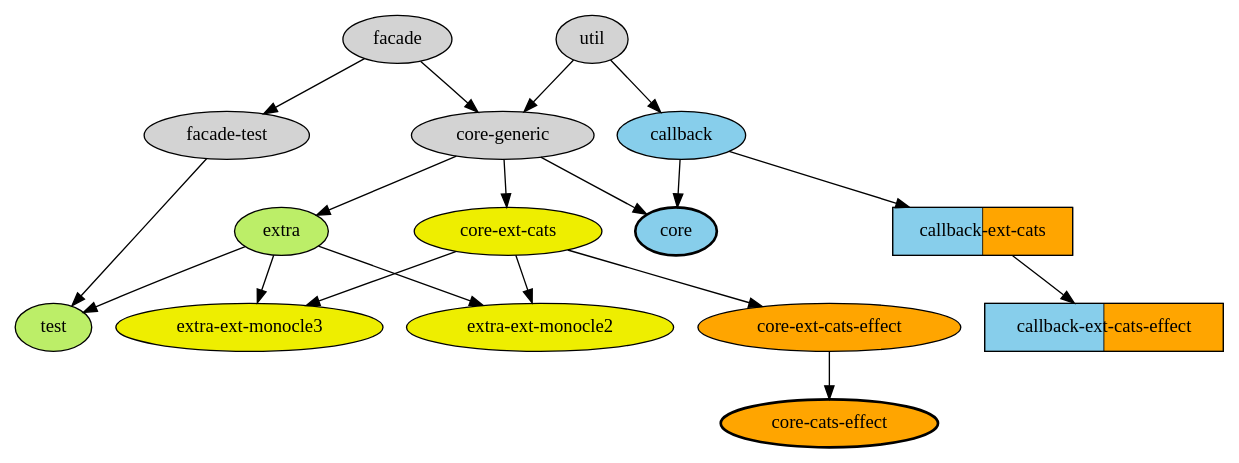
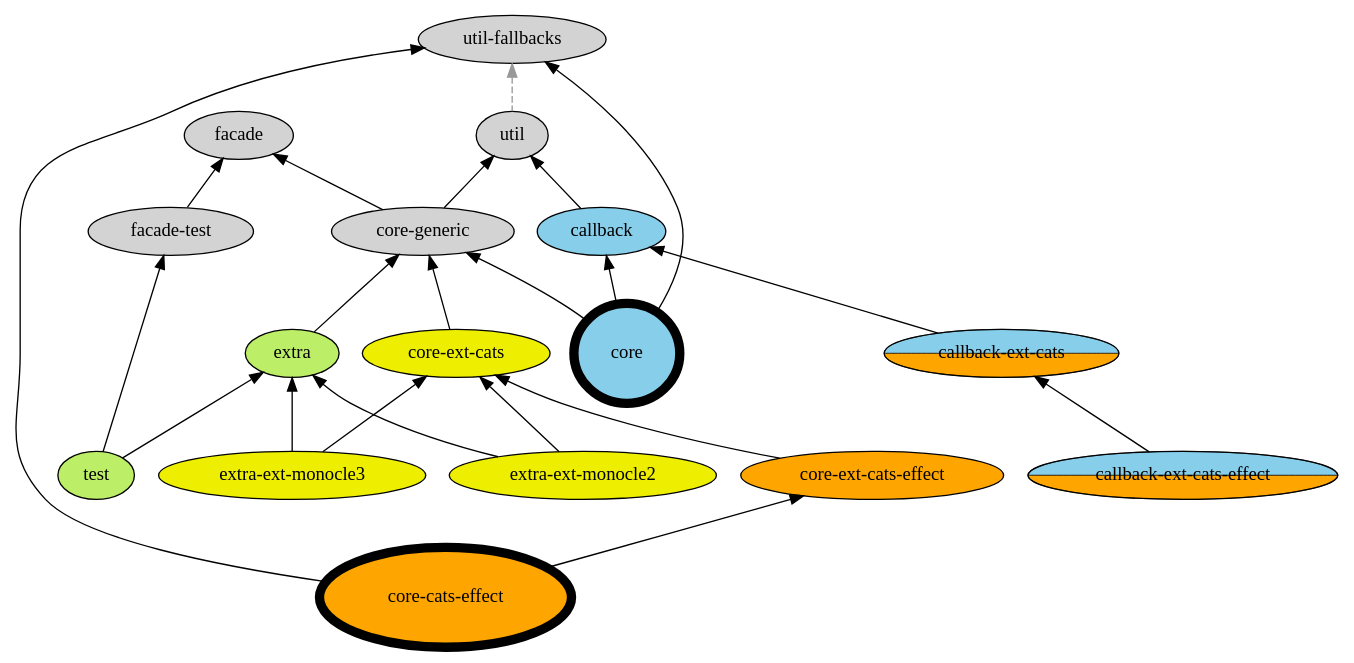
The diagram in doc/modules.gv (japgolly/scalajs-react), drawn with Graphviz before and after one commit. The commit also changed 6 other files, not shown here.

```diff
--- a/doc/modules.gv
+++ b/doc/modules.gv
@@ -1,39 +1,44 @@
 digraph G {
+  edge[dir=back]
+
   node[style=filled] {
+    utilFallbacks [label="util-fallbacks"]
     facadeTest [label="facade-test"]
     coreGeneric [label="core-generic"]
 
     node[fillcolor=darkolivegreen2]
     extra
     testUtil [label="test"]
 
     node[fillcolor=skyblue]
     callback
-    core [style="bold,filled"]
+    core [style="bold,filled" penwidth=7 label=" \n core \n "]
 
     node[fillcolor=yellow2]
     cats [label="core-ext-cats"]
     monocle2 [label="extra-ext-monocle2"]
     monocle3 [label="extra-ext-monocle3"]
 
     node[fillcolor=orange]
     catsEffect [label="core-ext-cats-effect"]
-    coreCE [style="bold,filled" label="core-cats-effect"]
+    coreCE [style="bold,filled" penwidth=7 label=" \n core-cats-effect \n "]
 
-    node[shape=box style="rounded,striped" fillcolor="skyblue:orange"]
+    node[style="rounded,wedged" fillcolor="skyblue:orange"]
     catsC [label="callback-ext-cats"]
     catsEffectC [label="callback-ext-cats-effect"]
   }
 
+  utilFallbacks -> util [style=dashed color="#999999"]
   util -> coreGeneric,callback
   facade -> facadeTest
   callback -> core
   facade -> coreGeneric -> core,extra
   extra,facadeTest -> testUtil
 
   coreGeneric -> cats -> catsEffect
   callback -> catsC
   catsC -> catsEffectC
   cats,extra -> monocle2,monocle3
   catsEffect -> coreCE
+  utilFallbacks -> core,coreCE
 }
```
